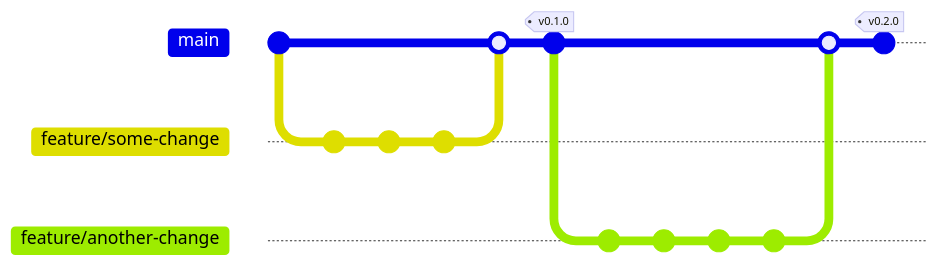
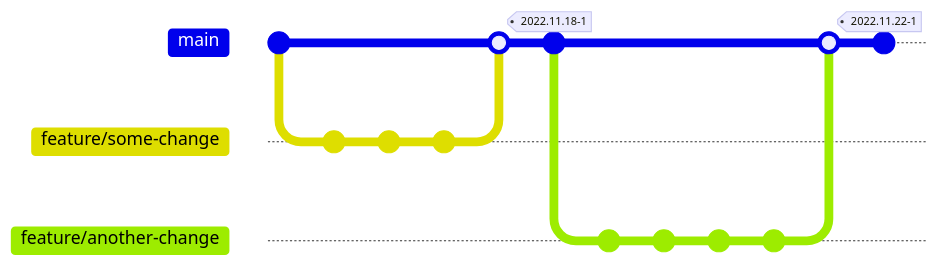
Before and after one commit to mz-codes/dockerhub-images: the diagram in README.md, drawn with Mermaid. The commit also changed other lines of this file, not shown here. Commit ids are hidden.

````diff
--- a/README.md
+++ b/README.md
@@ -38,22 +58,22 @@
 ```mermaid
 %%{ init: { 'theme':'default' } }%%
     gitGraph
         commit
         branch feature/some-change
         checkout feature/some-change
         commit
         commit
         commit
         checkout main
         merge feature/some-change
-        commit tag: "v0.1.0"
+        commit tag: "2022.11.18-1"
         branch feature/another-change
         checkout feature/another-change
         commit
         commit
         commit
         commit
         checkout main
         merge feature/another-change
-        commit tag: "v0.2.0"
+        commit tag: "2022.11.22-1"
 ```
````
